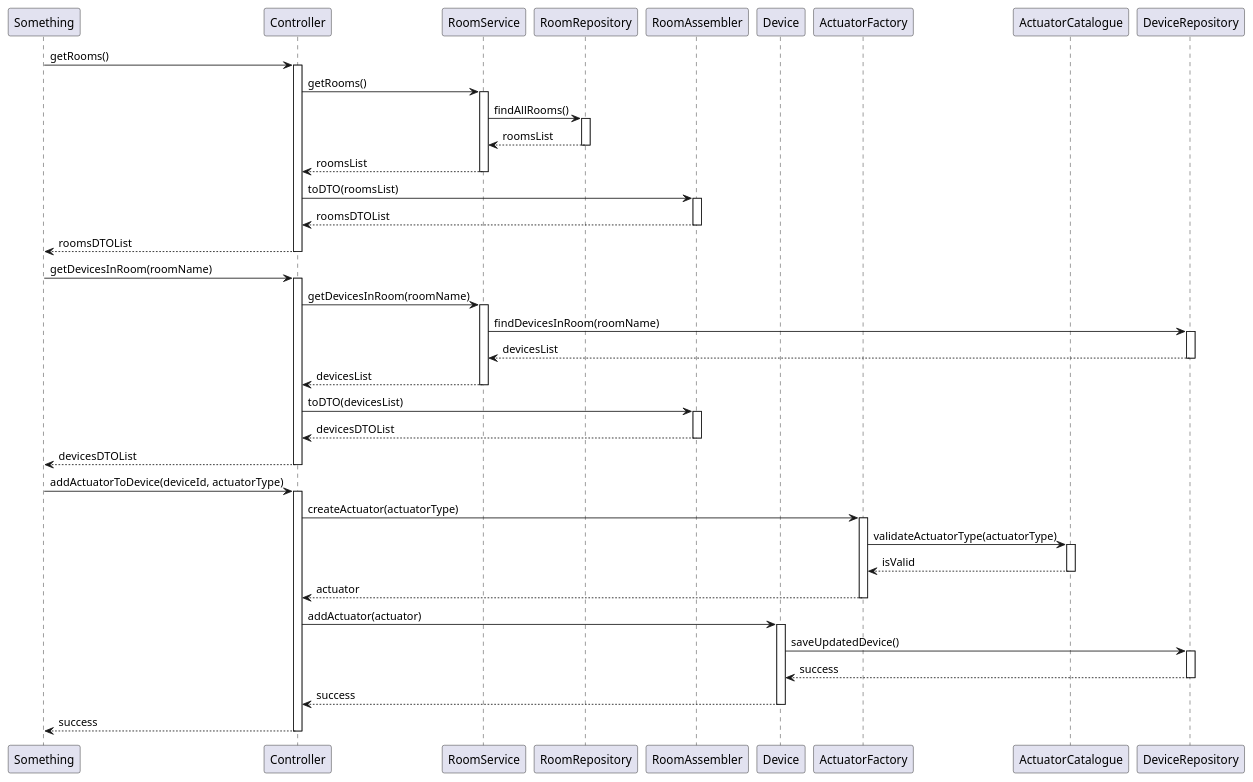
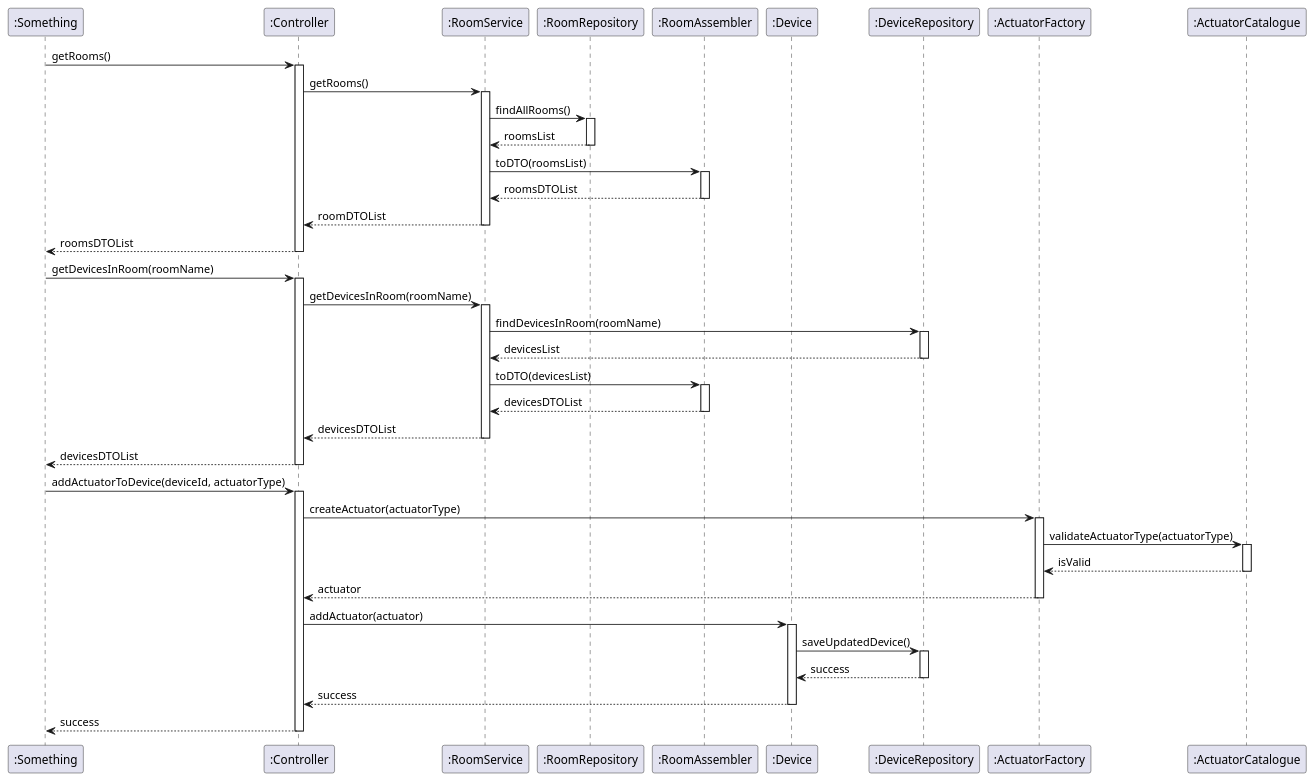
Before and after one commit to olivDiogo/SmartHome: the first of 3 diagrams in docs/userStories/us012/01.requirements-engineering/diagrams/SD.puml, drawn with PlantUML. The commit also changed other lines of this file and 3 other files, not shown here.

```diff
--- a/docs/userStories/us012/01.requirements-engineering/diagrams/SD.puml
+++ b/docs/userStories/us012/01.requirements-engineering/diagrams/SD.puml
@@ -1,68 +1,71 @@
 @startuml
 !pragma layout smetana
-participant "Something" as Client
-participant "Controller" as Controller
-participant "RoomService" as RoomService
-participant "RoomRepository" as RoomRepo
-participant "RoomAssembler" as RoomAssembler
-participant "Device" as Device
-participant "ActuatorFactory" as ActuatorFactory
-participant "ActuatorCatalogue" as ActuatorCatalogue
-participant "DeviceRepository" as DeviceRepo
+participant ":Something" as Client
+participant ":Controller" as Controller
+participant ":RoomService" as RoomService
+participant ":RoomRepository" as RoomRepo
+participant ":RoomAssembler" as RoomAssembler
+participant ":Device" as Device
+participant ":DeviceRepository" as DeviceRepo
+participant ":ActuatorFactory" as ActuatorFactory
+participant ":ActuatorCatalogue" as ActuatorCatalogue
+
 
 Client -> Controller : getRooms()
 activate Controller
 Controller -> RoomService : getRooms()
 activate RoomService
 RoomService -> RoomRepo : findAllRooms()
 activate RoomRepo
 RoomRepo --> RoomService : roomsList
 deactivate RoomRepo
-RoomService --> Controller : roomsList
+RoomService -> RoomAssembler : toDTO(roomsList)
+activate RoomAssembler
+RoomAssembler --> RoomService : roomsDTOList
+deactivate RoomAssembler
+RoomService --> Controller : roomDTOList
 deactivate RoomService
-Controller -> RoomAssembler : toDTO(roomsList)
-activate RoomAssembler
-RoomAssembler --> Controller : roomsDTOList
-deactivate RoomAssembler
 Controller --> Client : roomsDTOList
 deactivate Controller
 
 Client -> Controller : getDevicesInRoom(roomName)
+'isto devia ir ao Device Repo?
 activate Controller
 Controller -> RoomService : getDevicesInRoom(roomName)
 activate RoomService
 RoomService -> DeviceRepo : findDevicesInRoom(roomName)
 activate DeviceRepo
 DeviceRepo --> RoomService : devicesList
 deactivate DeviceRepo
-RoomService --> Controller : devicesList
+RoomService -> RoomAssembler : toDTO(devicesList)
+'tenho dúvidas sobre este método toDTO em RoomService
+activate RoomAssembler
+RoomAssembler --> RoomService : devicesDTOList
+deactivate RoomAssembler
+RoomService --> Controller : devicesDTOList
 deactivate RoomService
-Controller -> RoomAssembler : toDTO(devicesList)
-activate RoomAssembler
-RoomAssembler --> Controller : devicesDTOList
-deactivate RoomAssembler
 Controller --> Client : devicesDTOList
 deactivate Controller
-
 Client -> Controller : addActuatorToDevice(deviceId, actuatorType)
 activate Controller
+
 Controller -> ActuatorFactory : createActuator(actuatorType)
 activate ActuatorFactory
 ActuatorFactory -> ActuatorCatalogue : validateActuatorType(actuatorType)
 activate ActuatorCatalogue
 ActuatorCatalogue --> ActuatorFactory : isValid
 deactivate ActuatorCatalogue
 ActuatorFactory --> Controller : actuator
 deactivate ActuatorFactory
 
 Controller -> Device : addActuator(actuator)
 activate Device
 Device -> DeviceRepo : saveUpdatedDevice()
 activate DeviceRepo
 DeviceRepo --> Device : success
 deactivate DeviceRepo
 Device --> Controller : success
 deactivate Device
 Controller --> Client : success
 deactivate Controller
 @enduml
```
